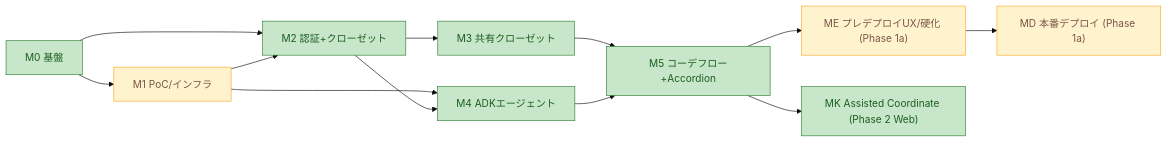
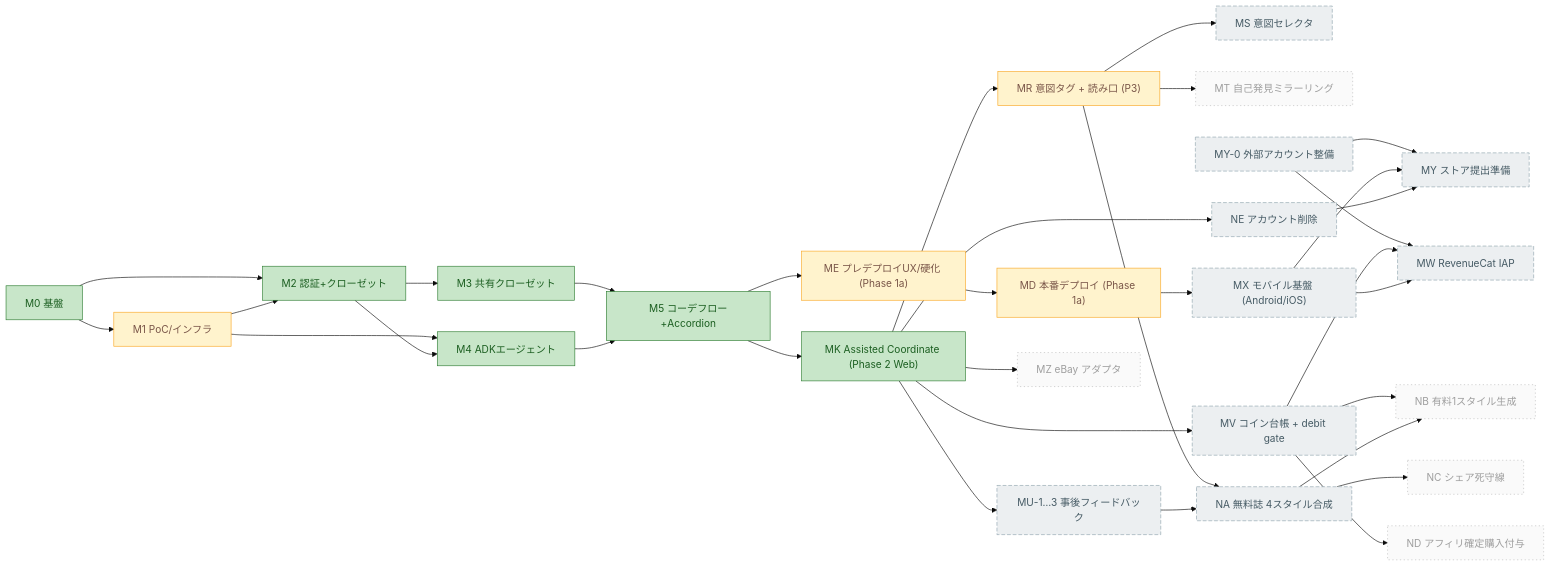
One commit to RanArino/gen-fashion changed the seventh of 7 diagrams in docs/architecture-overview.md. Above: the diagram before and after it, drawn with Mermaid (base theme). The commit also changed other lines of this file and 2 other files, not shown here.

First line of the commit message:
Update architecture and requirements documentation for Phase 3 planning

````diff
--- a/docs/architecture-overview.md
+++ b/docs/architecture-overview.md
@@ -376,20 +437,44 @@
 ```mermaid
 flowchart LR
   M0["M0 基盤"] --> M1["M1 PoC/インフラ"]
   M0 --> M2["M2 認証+クローゼット"]
   M1 --> M2
   M2 --> M3["M3 共有クローゼット"]
   M1 --> M4["M4 ADKエージェント"]
   M2 --> M4
   M3 --> M5["M5 コーデフロー+Accordion"]
   M4 --> M5
   M5 --> ME["ME プレデプロイUX/硬化 (Phase 1a)"]
   ME --> MD["MD 本番デプロイ (Phase 1a)"]
   M5 --> MK["MK Assisted Coordinate (Phase 2 Web)"]
 
+  MK --> MR["MR 意図タグ + 読み口 (P3)"]
+  MR --> MS["MS 意図セレクタ"]
+  MR --> MT["MT 自己発見ミラーリング"]
+  MR --> NA["NA 無料誌 4スタイル合成"]
+  MK --> MU["MU-1…3 事後フィードバック"]
+  MU --> NA
+  MK --> MV["MV コイン台帳 + debit gate"]
+  MY0["MY-0 外部アカウント整備"] --> MW["MW RevenueCat IAP"]
+  MY0 --> MY["MY ストア提出準備"]
+  MV --> MW
+  MV --> NB["NB 有料1スタイル生成"]
+  MV --> ND["ND アフィリ確定購入付与"]
+  MD --> MX["MX モバイル基盤 (Android/iOS)"]
+  MX --> MY
+  MX --> MW
+  MK --> NE["NE アカウント削除"]
+  NE --> MY
+  NA --> NB
+  NA --> NC["NC シェア死守線"]
+  MK --> MZ["MZ eBay アダプタ"]
+
   classDef done fill:#c8e6c9,stroke:#2e7d32,color:#1b5e20;
   classDef wip fill:#fff3cd,stroke:#f9a825,color:#795548;
   classDef stub fill:#ffe0b2,stroke:#e65100,color:#bf360c,stroke-dasharray:5 3;
   classDef todo fill:#eceff1,stroke:#90a4ae,color:#455a64,stroke-dasharray:6 3;
-  class M0,M2,M3,M4,M5,MK done; class M1,ME,MD wip;
+  classDef cut fill:#fafafa,stroke:#bdbdbd,color:#9e9e9e,stroke-dasharray:2 4;
+  class M0,M2,M3,M4,M5,MK done; class M1,ME,MD,MR wip;
+  class MS,MU,MV,MW,MX,MY,MY0,NA,NE todo;
+  class MT,MZ,NB,NC,ND cut;
 ```
````
